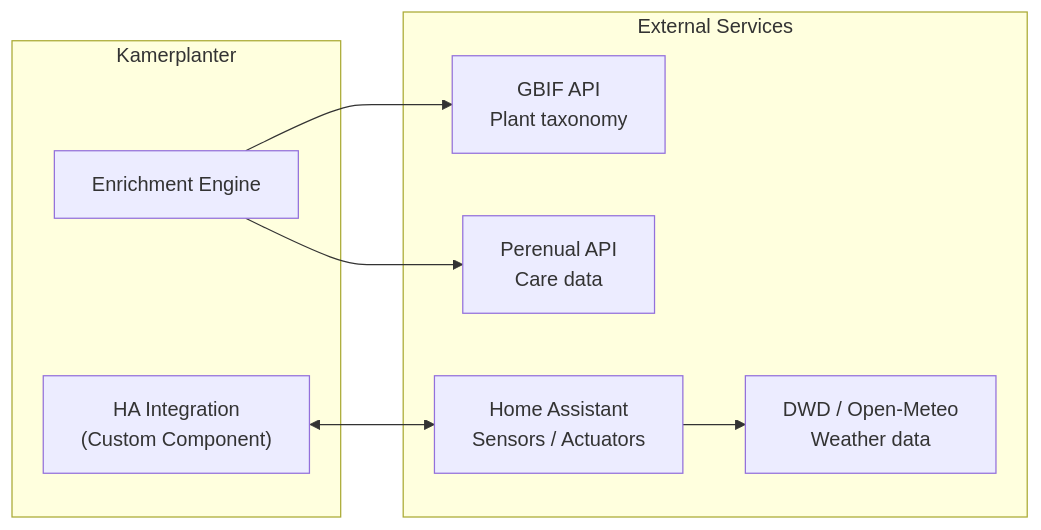
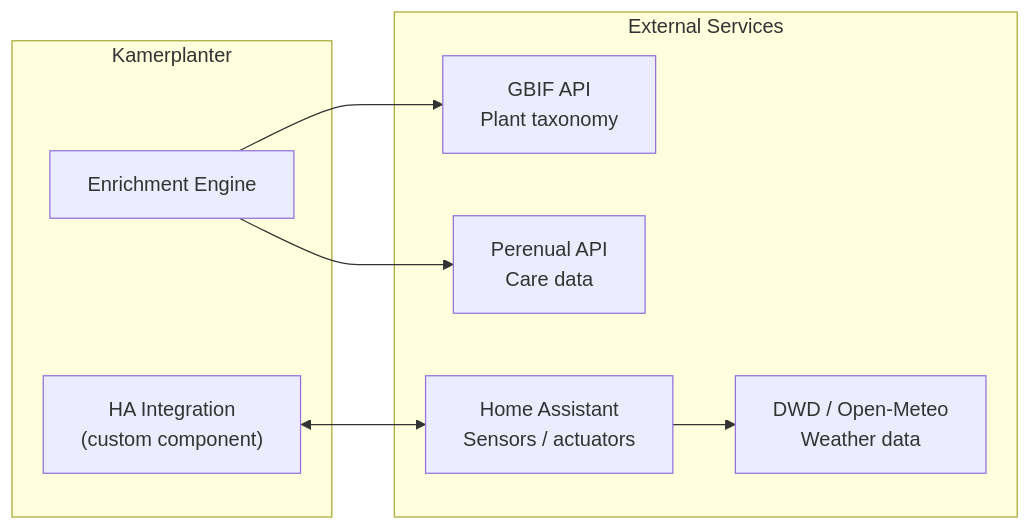
The second of 2 diagrams in docs/en/architecture/overview.md (nolte/kamerplanter), drawn with Mermaid before and after one commit. The commit also changed other lines of this file and 2 other files, not shown here.

First line of the commit message:
docs(architecture): fix overview.md diagrams + add diagram to EN index

````diff
--- a/docs/en/architecture/overview.md
+++ b/docs/en/architecture/overview.md
@@ -96,19 +98,19 @@
 ```mermaid
-graph LR
+flowchart LR
     subgraph "Kamerplanter"
         ENR["Enrichment Engine"]
-        HA["HA Integration\n(Custom Component)"]
+        HA["HA Integration<br/>(custom component)"]
     end
 
     subgraph "External Services"
-        GBIF["GBIF API\nPlant taxonomy"]
-        PER["Perenual API\nCare data"]
-        HASS["Home Assistant\nSensors / Actuators"]
-        DWD["DWD / Open-Meteo\nWeather data"]
+        GBIF["GBIF API<br/>Plant taxonomy"]
+        PER["Perenual API<br/>Care data"]
+        HASS["Home Assistant<br/>Sensors / actuators"]
+        DWD["DWD / Open-Meteo<br/>Weather data"]
     end
 
     ENR --> GBIF
     ENR --> PER
     HA <--> HASS
     HASS --> DWD
 ```
````
